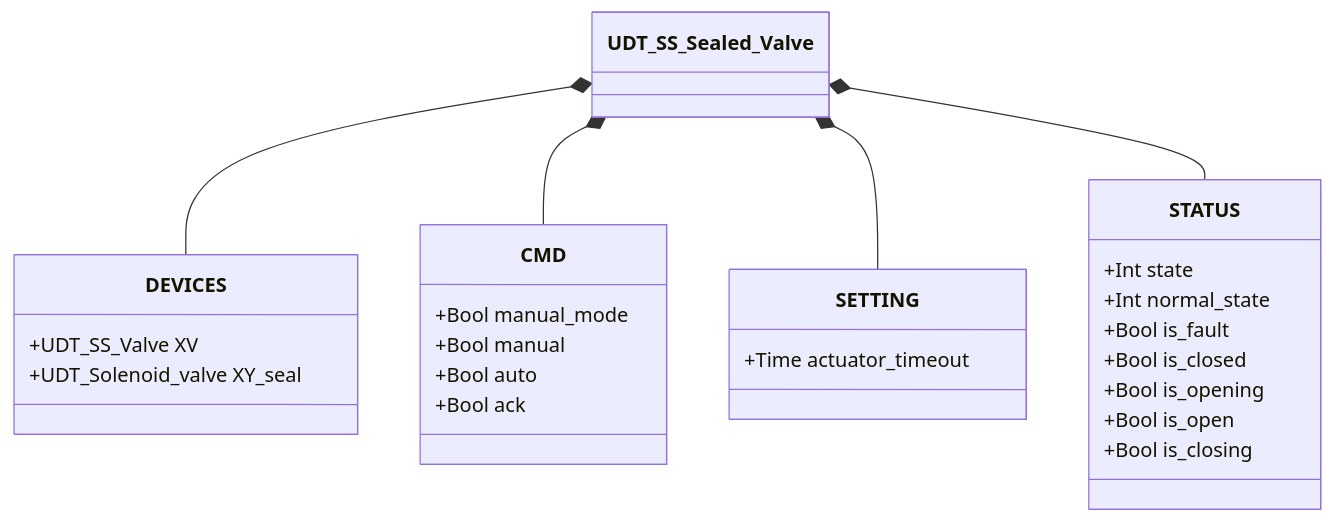
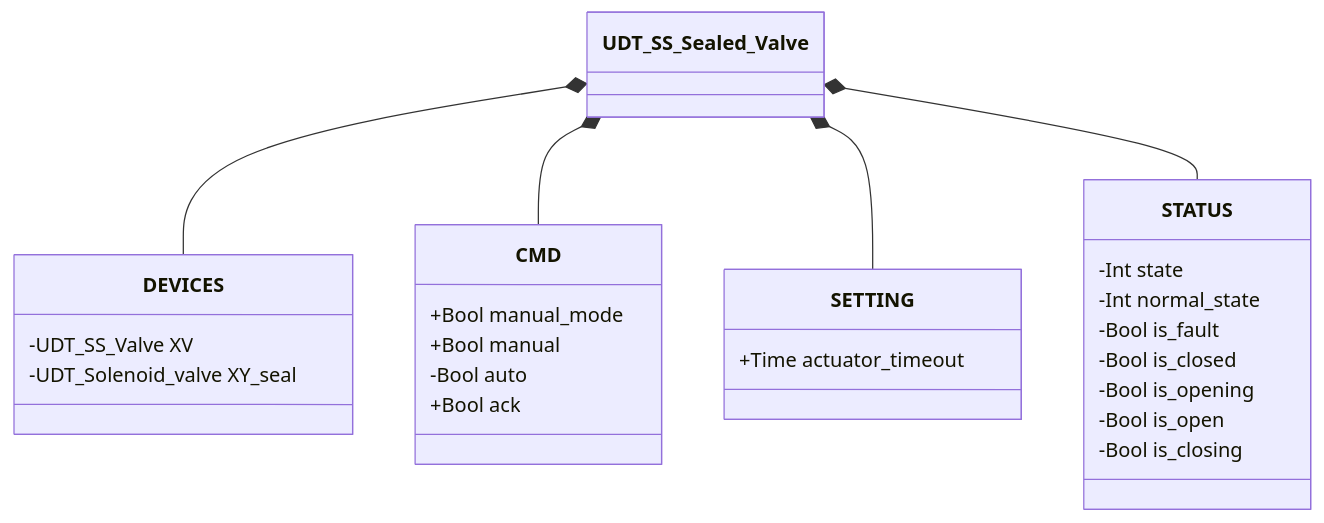
One commit to AleFire99/TIA_knowledge changed the diagram in docs/it/library/valves/sealed/ss/index.md. Above: the diagram before and after it, drawn with Mermaid. The commit also changed other lines of this file and 14 other files, not shown here.

````diff
--- a/docs/it/library/valves/sealed/ss/index.md
+++ b/docs/it/library/valves/sealed/ss/index.md
@@ -82,30 +24,30 @@
 ```mermaid
 classDiagram
     class UDT_SS_Sealed_Valve
     class DEVICES {
-        +UDT_SS_Valve XV
-        +UDT_Solenoid_valve XY_seal
+        -UDT_SS_Valve XV
+        -UDT_Solenoid_valve XY_seal
     }
     class CMD {
         +Bool manual_mode
         +Bool manual
-        +Bool auto
+        -Bool auto
         +Bool ack
     }
     class SETTING {
         +Time actuator_timeout
     }
     class STATUS {
-        +Int state
-        +Int normal_state
-        +Bool is_fault
-        +Bool is_closed
-        +Bool is_opening
-        +Bool is_open
-        +Bool is_closing
+        -Int state
+        -Int normal_state
+        -Bool is_fault
+        -Bool is_closed
+        -Bool is_opening
+        -Bool is_open
+        -Bool is_closing
     }
     UDT_SS_Sealed_Valve *-- DEVICES
     UDT_SS_Sealed_Valve *-- CMD
     UDT_SS_Sealed_Valve *-- SETTING
     UDT_SS_Sealed_Valve *-- STATUS
 ```
````
